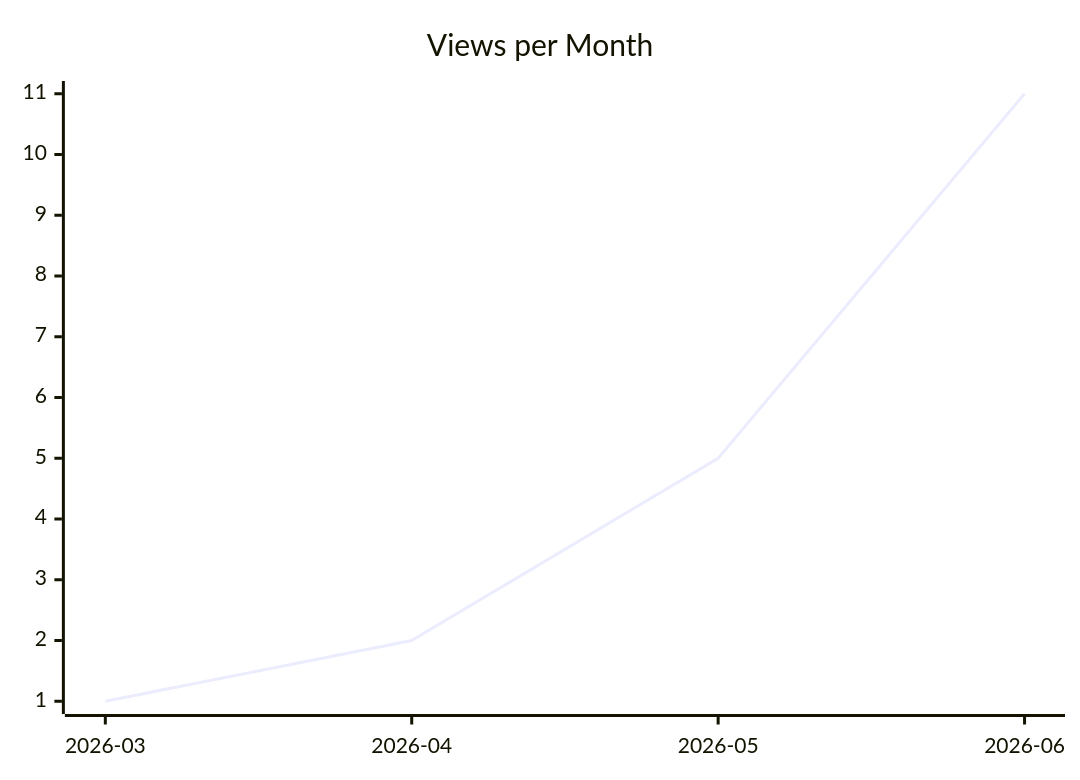
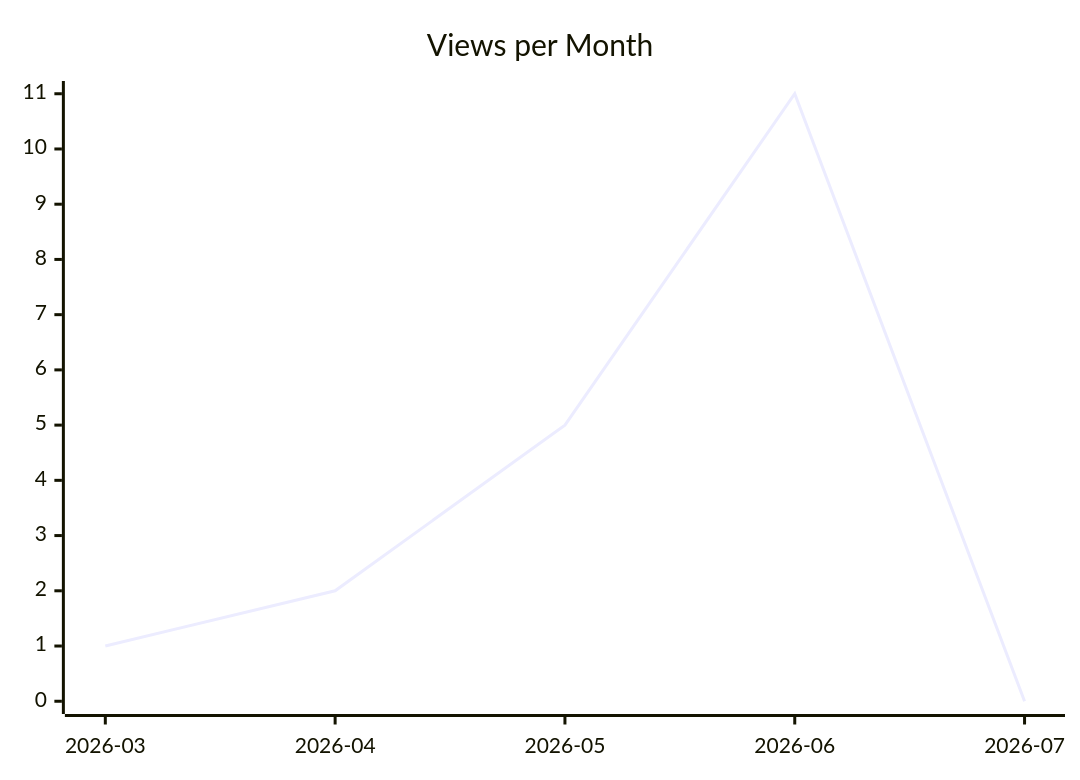
One commit to justdavis-family/github-analytics-data changed the second of 3 diagrams in karlmdavis/justdavis-ansible/README.md. Above: the diagram before and after it, drawn with Mermaid. The commit also changed other lines of this file and 199 other files, not shown here.

````diff
--- a/karlmdavis/justdavis-ansible/README.md
+++ b/karlmdavis/justdavis-ansible/README.md
@@ -12,6 +12,6 @@
 ```mermaid
 xychart-beta
   title "Views per Month"
-  x-axis ["2026-03", "2026-04", "2026-05", "2026-06"]
-  line [1, 2, 5, 11]
+  x-axis ["2026-03", "2026-04", "2026-05", "2026-06", "2026-07"]
+  line [1, 2, 5, 11, 0]
 ```
````
